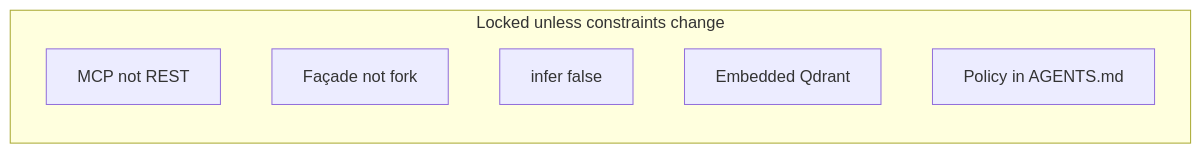
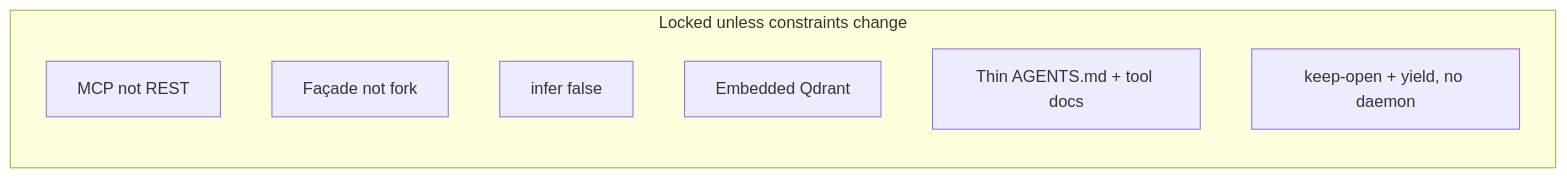
The diagram in docs/decisions.md (bdombro/mem0-lite), drawn with Mermaid before and after one commit. The commit also changed other lines of this file and 20 other files, not shown here.

````diff
--- a/docs/decisions.md
+++ b/docs/decisions.md
@@ -71,10 +83,11 @@
 ```mermaid
 flowchart LR
   subgraph decided [Locked unless constraints change]
     D1[MCP not REST]
     D2[Façade not fork]
     D3[infer false]
     D4[Embedded Qdrant]
-    D5[Policy in AGENTS.md]
+    D5[Thin AGENTS.md + tool docs]
+    D10[keep-open + yield, no daemon]
   end
 ```
````
